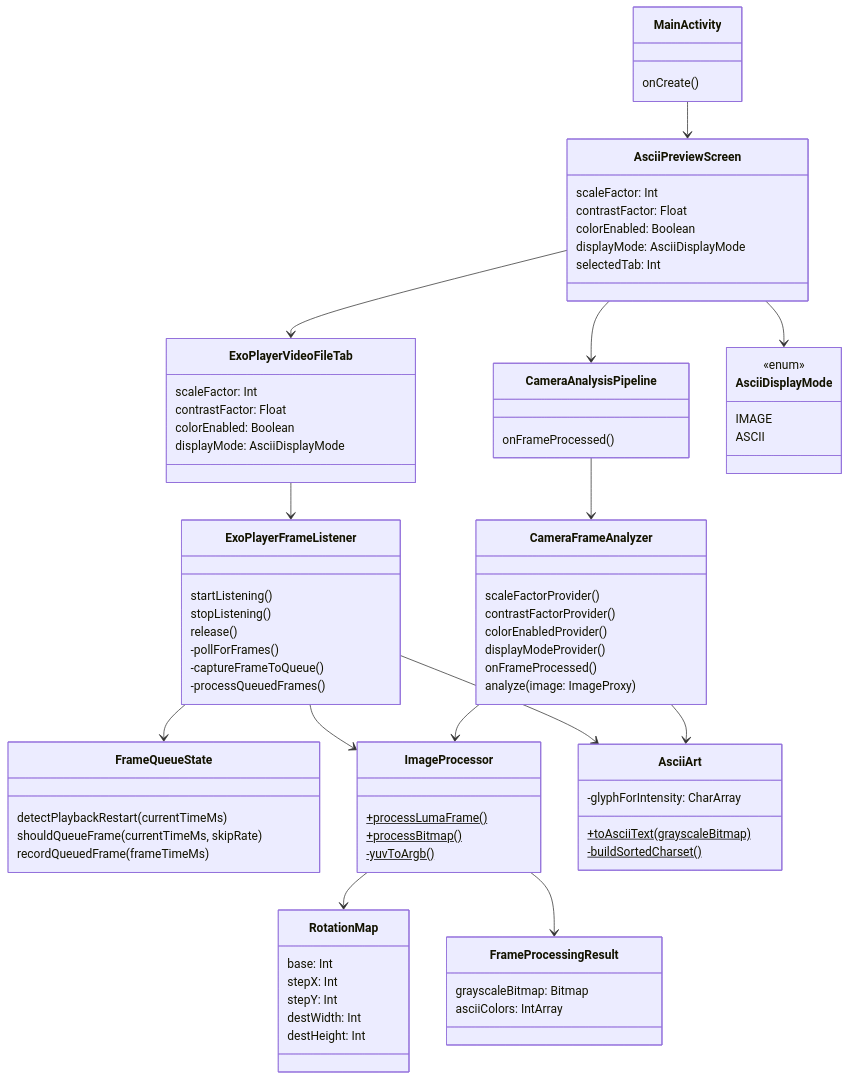
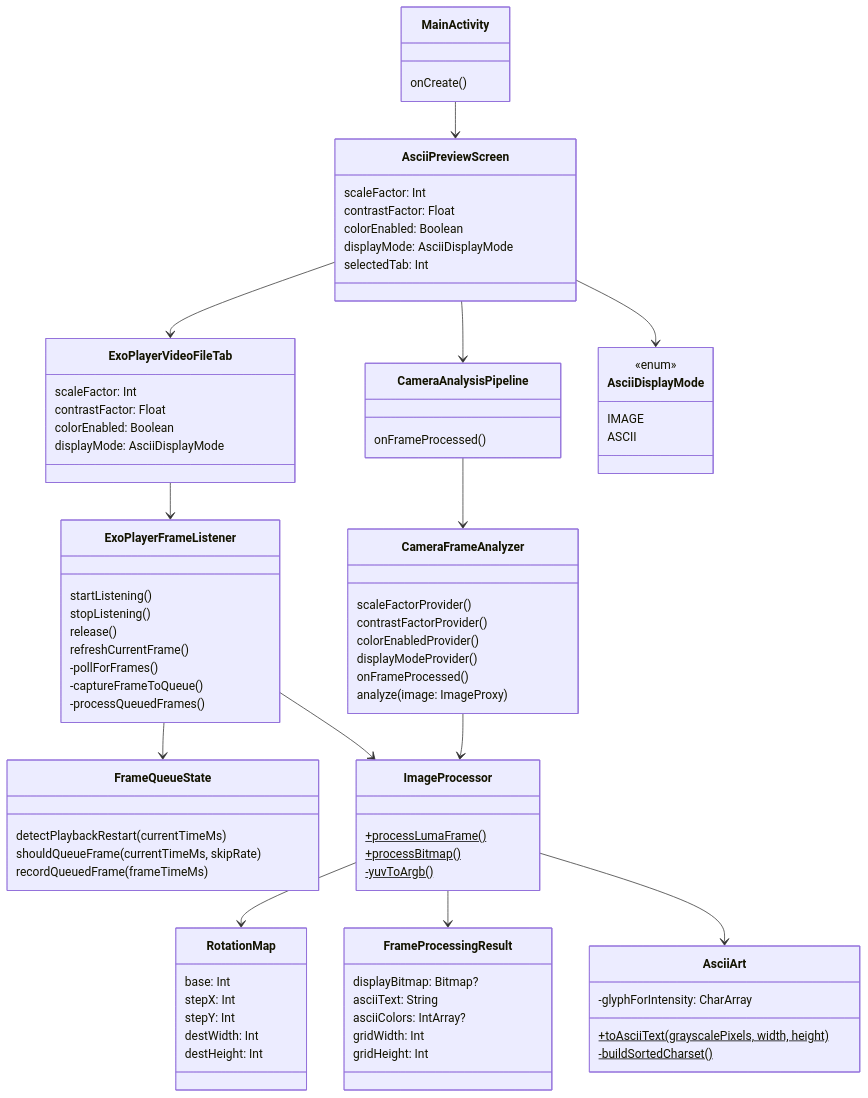
One commit to replicant1/AsciiArt changed the diagram in docs/class-diagram.mmd. Above: the diagram before and after it, drawn with Mermaid. The commit also changed 9 other files, not shown here.

First line of the commit message:
Mark items 9 and 15 fixed and refresh the diagrams

```diff
--- a/docs/class-diagram.mmd
+++ b/docs/class-diagram.mmd
@@ -1,92 +1,95 @@
 classDiagram
     class MainActivity {
         onCreate()
     }
 
     class AsciiPreviewScreen {
         scaleFactor: Int
         contrastFactor: Float
         colorEnabled: Boolean
         displayMode: AsciiDisplayMode
         selectedTab: Int
     }
 
     class CameraAnalysisPipeline {
         onFrameProcessed()
     }
 
     class CameraFrameAnalyzer {
         scaleFactorProvider()
         contrastFactorProvider()
         colorEnabledProvider()
         displayModeProvider()
         onFrameProcessed()
         analyze(image: ImageProxy)
     }
 
     class ExoPlayerVideoFileTab {
         scaleFactor: Int
         contrastFactor: Float
         colorEnabled: Boolean
         displayMode: AsciiDisplayMode
     }
 
     class ExoPlayerFrameListener {
         startListening()
         stopListening()
         release()
+        refreshCurrentFrame()
         -pollForFrames()
         -captureFrameToQueue()
         -processQueuedFrames()
     }
 
     class FrameQueueState {
         detectPlaybackRestart(currentTimeMs)
         shouldQueueFrame(currentTimeMs, skipRate)
         recordQueuedFrame(frameTimeMs)
     }
 
     class ImageProcessor {
         +processLumaFrame()$
         +processBitmap()$
         -yuvToArgb()$
     }
 
     class RotationMap {
         base: Int
         stepX: Int
         stepY: Int
         destWidth: Int
         destHeight: Int
     }
 
     class FrameProcessingResult {
-        grayscaleBitmap: Bitmap
-        asciiColors: IntArray
+        displayBitmap: Bitmap?
+        asciiText: String
+        asciiColors: IntArray?
+        gridWidth: Int
+        gridHeight: Int
     }
 
     class AsciiArt {
-        +toAsciiText(grayscaleBitmap)$
+        +toAsciiText(grayscalePixels, width, height)$
         -glyphForIntensity: CharArray
         -buildSortedCharset()$
     }
 
     class AsciiDisplayMode {
         <<enum>>
         IMAGE
         ASCII
     }
 
     MainActivity --> AsciiPreviewScreen
     AsciiPreviewScreen --> CameraAnalysisPipeline
     AsciiPreviewScreen --> ExoPlayerVideoFileTab
     AsciiPreviewScreen --> AsciiDisplayMode
     CameraAnalysisPipeline --> CameraFrameAnalyzer
     CameraFrameAnalyzer --> ImageProcessor
-    CameraFrameAnalyzer --> AsciiArt
     ExoPlayerVideoFileTab --> ExoPlayerFrameListener
     ExoPlayerFrameListener --> FrameQueueState
     ExoPlayerFrameListener --> ImageProcessor
-    ExoPlayerFrameListener --> AsciiArt
     ImageProcessor --> RotationMap
     ImageProcessor --> FrameProcessingResult
+    ImageProcessor --> AsciiArt
```
